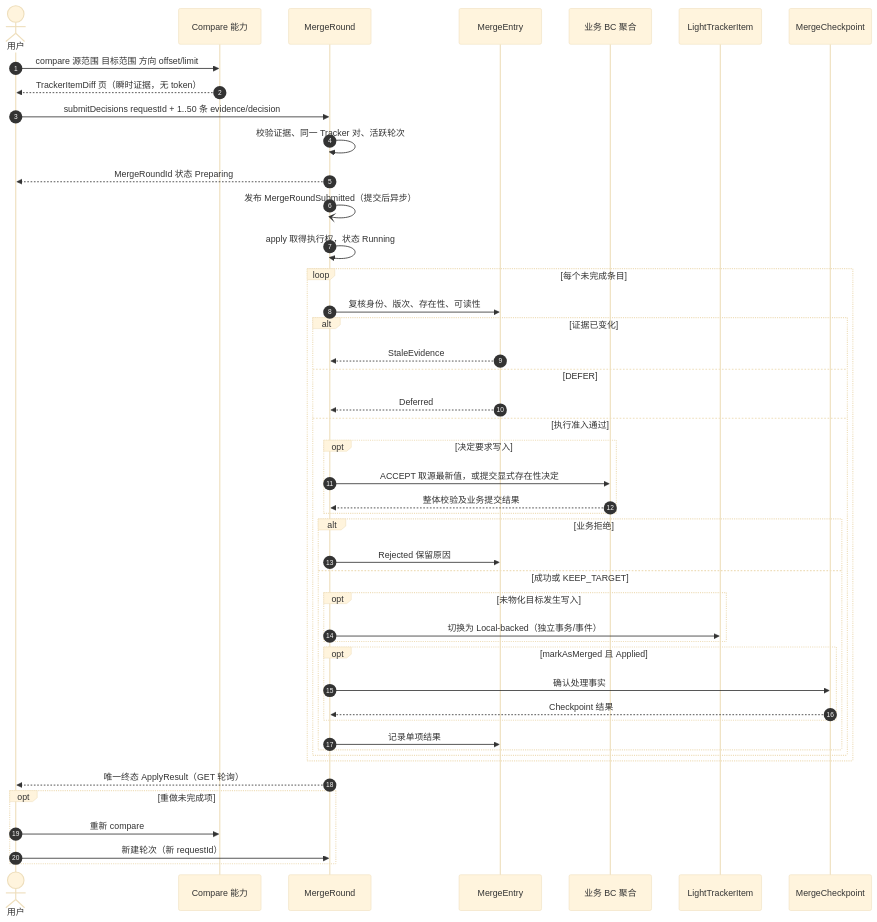
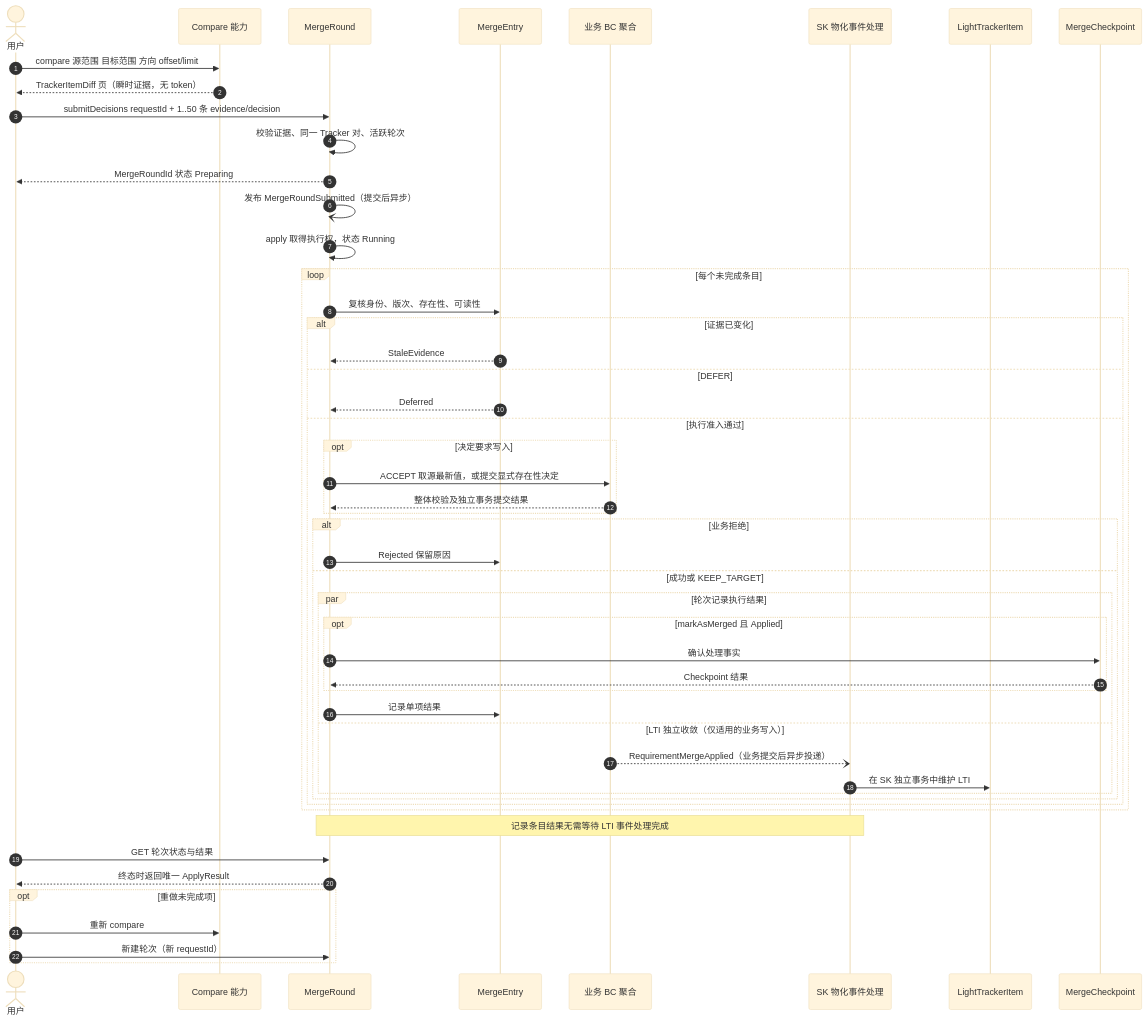
The first of 3 diagrams in docs/working-set/diagrams/merge-entry-lifecycle.md (Greytrack/ddd-workingset), drawn with Mermaid (base theme) before and after one commit. The commit also changed other lines of this file and 22 other files, not shown here.

````diff
--- a/docs/working-set/diagrams/merge-entry-lifecycle.md
+++ b/docs/working-set/diagrams/merge-entry-lifecycle.md
@@ -19,52 +19,57 @@
 ```mermaid
 sequenceDiagram
     autonumber
     actor U as 用户
     participant D as Compare 能力
     participant R as MergeRound
     participant E as MergeEntry
     participant BC as 业务 BC 聚合
+    participant H as SK 物化事件处理
     participant L as LightTrackerItem
     participant C as MergeCheckpoint
 
     U->>D: compare 源范围 目标范围 方向 offset/limit
     D-->>U: TrackerItemDiff 页（瞬时证据，无 token）
 
     U->>R: submitDecisions requestId + 1..50 条 evidence/decision
     R->>R: 校验证据、同一 Tracker 对、活跃轮次
     R-->>U: MergeRoundId 状态 Preparing
     R-)R: 发布 MergeRoundSubmitted（提交后异步）
 
     R->>R: apply 取得执行权，状态 Running
     loop 每个未完成条目
         R->>E: 复核身份、版次、存在性、可读性
         alt 证据已变化
             E-->>R: StaleEvidence
         else DEFER
             E-->>R: Deferred
         else 执行准入通过
             opt 决定要求写入
                 R->>BC: ACCEPT 取源最新值，或提交显式存在性决定
-                BC-->>R: 整体校验及业务提交结果
+                BC-->>R: 整体校验及独立事务提交结果
             end
             alt 业务拒绝
                 R->>E: Rejected 保留原因
             else 成功或 KEEP_TARGET
-                opt 未物化目标发生写入
-                    R->>L: 切换为 Local-backed（独立事务/事件）
+                par 轮次记录执行结果
+                    opt markAsMerged 且 Applied
+                        R->>C: 确认处理事实
+                        C-->>R: Checkpoint 结果
+                    end
+                    R->>E: 记录单项结果
+                and LTI 独立收敛（仅适用的业务写入）
+                    BC--)H: RequirementMergeApplied（业务提交后异步投递）
+                    H->>L: 在 SK 独立事务中维护 LTI
                 end
-                opt markAsMerged 且 Applied
-                    R->>C: 确认处理事实
-                    C-->>R: Checkpoint 结果
-                end
-                R->>E: 记录单项结果
             end
         end
     end
-    R-->>U: 唯一终态 ApplyResult（GET 轮询）
+    Note over R,H: 记录条目结果无需等待 LTI 事件处理完成
+    U->>R: GET 轮次状态与结果
+    R-->>U: 终态时返回唯一 ApplyResult
 
     opt 重做未完成项
         U->>D: 重新 compare
         U->>R: 新建轮次（新 requestId）
     end
 ```
````
